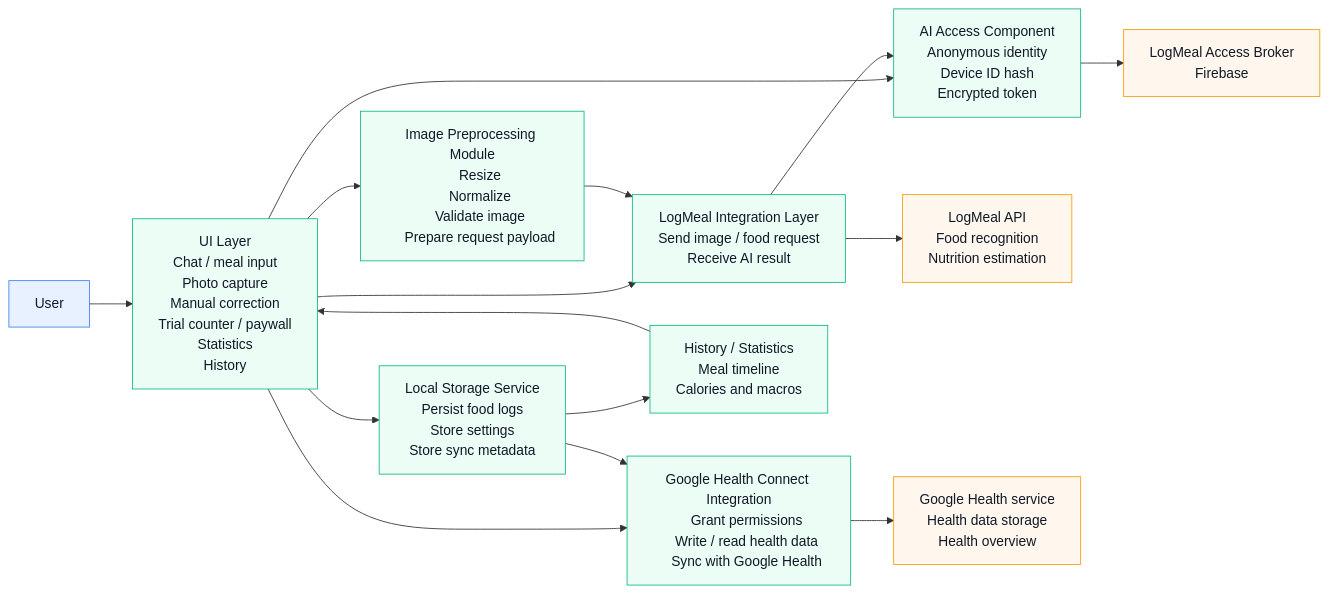
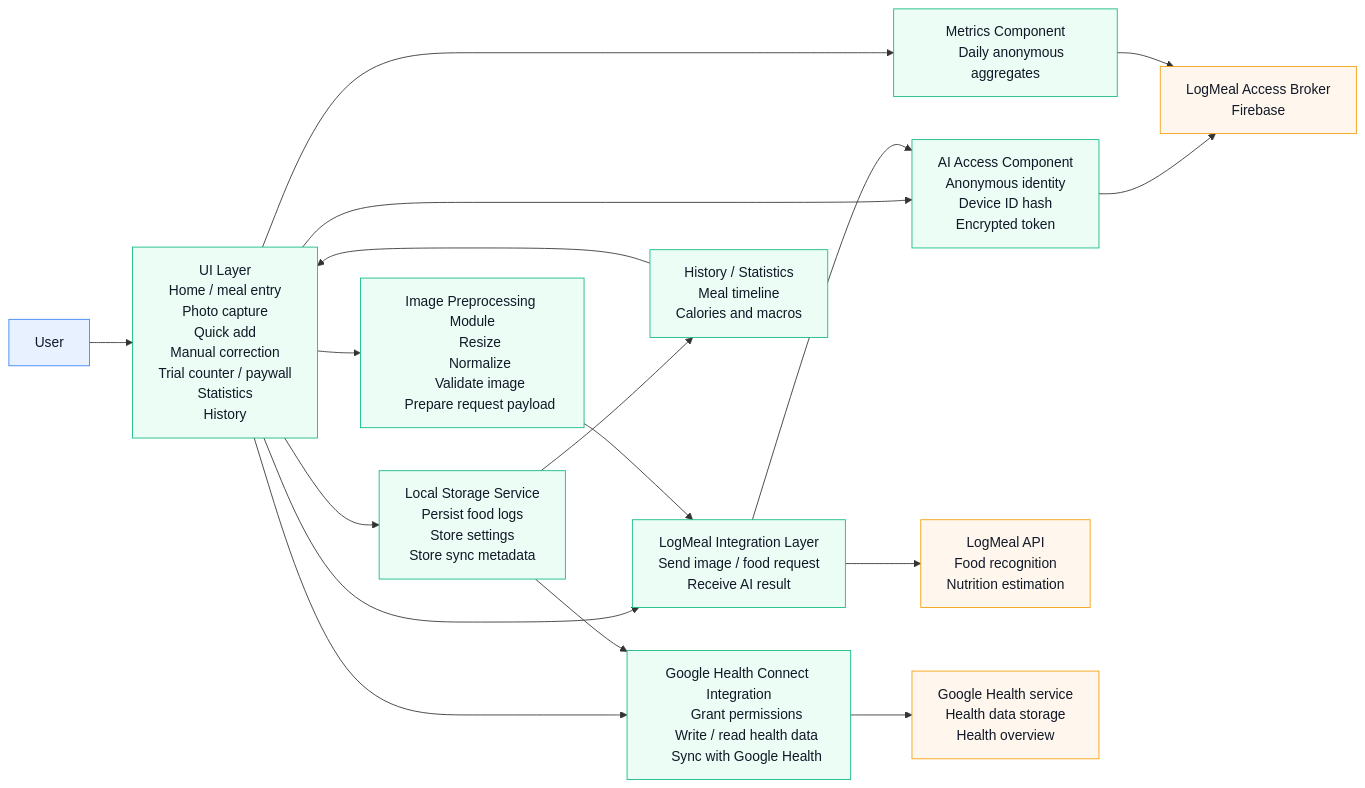
One commit to sergeybelyuga-ops/snackshot changed the diagram in docs/Architecture/07_c4-component-diagram.md. Above: the diagram before and after it, drawn with Mermaid. The commit also changed other lines of this file and 28 other files, not shown here.

````diff
--- a/docs/Architecture/07_c4-component-diagram.md
+++ b/docs/Architecture/07_c4-component-diagram.md
@@ -72,62 +79,66 @@
 ```mermaid
 flowchart LR
     U[User] --> UI[UI Layer
-    Chat / meal input
+    Home / meal entry
     Photo capture
+    Quick add
     Manual correction
     Trial counter / paywall
     Statistics
     History]
 
     UI --> LSI[Local Storage Service
     Persist food logs
     Store settings
     Store sync metadata]
 
     UI --> LM[LogMeal Integration Layer
     Send image / food request
     Receive AI result]
 
     UI --> GHC[Google Health Connect Integration
     Grant permissions
     Write / read health data
     Sync with Google Health]
 
     UI --> IMG[Image Preprocessing Module
     Resize
     Normalize
     Validate image
     Prepare request payload]
 
     UI --> ACC[AI Access Component
     Anonymous identity
     Device ID hash
     Encrypted token]
     LM --> ACC
     ACC --> BRK[LogMeal Access Broker
     Firebase]
+    UI --> MET[Metrics Component
+    Daily anonymous aggregates]
+    MET --> BRK
 
     IMG --> LM
     LM --> API[LogMeal API
     Food recognition
     Nutrition estimation]
 
     LSI --> GHC
     GHC --> GH[Google Health service
     Health data storage
     Health overview]
 
     LSI --> R[History / Statistics
     Meal timeline
     Calories and macros]
     R --> UI
 
     classDef user fill:#e8f1ff,stroke:#3b82f6,color:#111827;
     classDef ui fill:#ecfdf5,stroke:#10b981,color:#111827;
     classDef core fill:#f3f4f6,stroke:#6b7280,color:#111827;
     classDef ext fill:#fff7ed,stroke:#f59e0b,color:#111827;
 
     class U user;
-    class UI,LSI,LM,GHC,IMG,R,ACC ui;
+    class UI,LSI,LM,GHC,IMG,R,ACC,MET ui;
     class API,GH,BRK ext;
 ```
````
